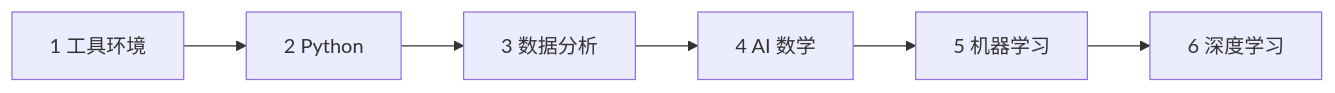
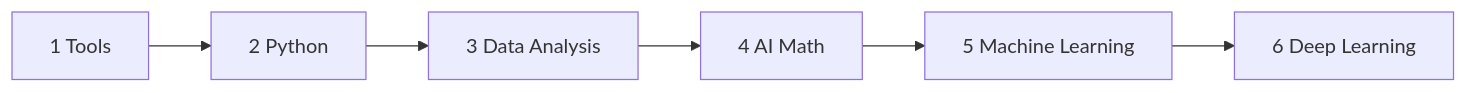
The first of 2 diagrams in README.md (oudbiao/AI-fullstack-course), drawn with Mermaid before and after one commit. The commit also changed other lines of this file and 1406 other files, not shown here.

````diff
--- a/README.md
+++ b/README.md
@@ -33,8 +31,8 @@
 ```mermaid
 flowchart LR
-  A[1 工具环境] --> B[2 Python]
-  B --> C[3 数据分析]
-  C --> D[4 AI 数学]
-  D --> E[5 机器学习]
-  E --> F[6 深度学习]
+  A[1 Tools] --> B[2 Python]
+  B --> C[3 Data Analysis]
+  C --> D[4 AI Math]
+  D --> E[5 Machine Learning]
+  E --> F[6 Deep Learning]
 ```
````
